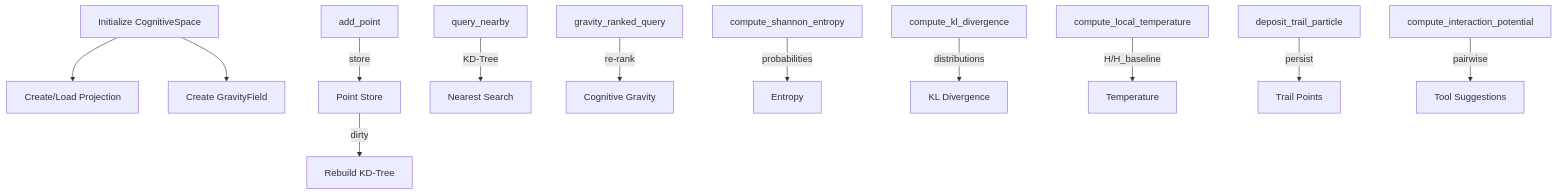
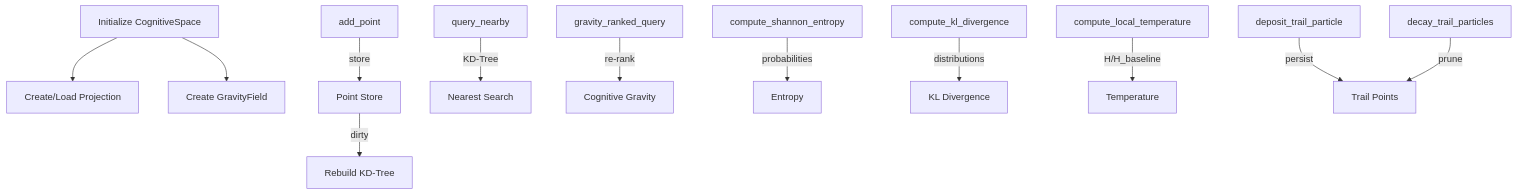
One commit to munch2u-a11y/Helix-AGI changed the diagram in documents/audits/audit_cognitive_space.md. Above: the diagram before and after it, drawn with Mermaid. The commit also changed other lines of this file and 1 other file, not shown here.

Commit message:
Update spatial physics and cognitive space audits to reflect deleted dead code and trail pruning

````diff
--- a/documents/audits/audit_cognitive_space.md
+++ b/documents/audits/audit_cognitive_space.md
@@ -132,14 +127,14 @@
 ```mermaid
 flowchart TD
     Init[Initialize CognitiveSpace] --> Proj[Create/Load Projection]
     Init --> GF[Create GravityField]
     Add[add_point] -->|store| Store[Point Store]
     Store -->|dirty| Rebuild[Rebuild KD‑Tree]
     Query[query_nearby] -->|KD‑Tree| Search[Nearest Search]
     Gravity[gravity_ranked_query] -->|re‑rank| Rank[Cognitive Gravity]
     Entropy[compute_shannon_entropy] -->|probabilities| H[Entropy]
     KL[compute_kl_divergence] -->|distributions| DKL[KL Divergence]
     Temp[compute_local_temperature] -->|H/H_baseline| T[Temperature]
     Trail[deposit_trail_particle] -->|persist| TrailStore[Trail Points]
-    Afford[compute_interaction_potential] -->|pairwise| Affordances[Tool Suggestions]
+    Prune[decay_trail_particles] -->|prune| TrailStore
 ```
````
